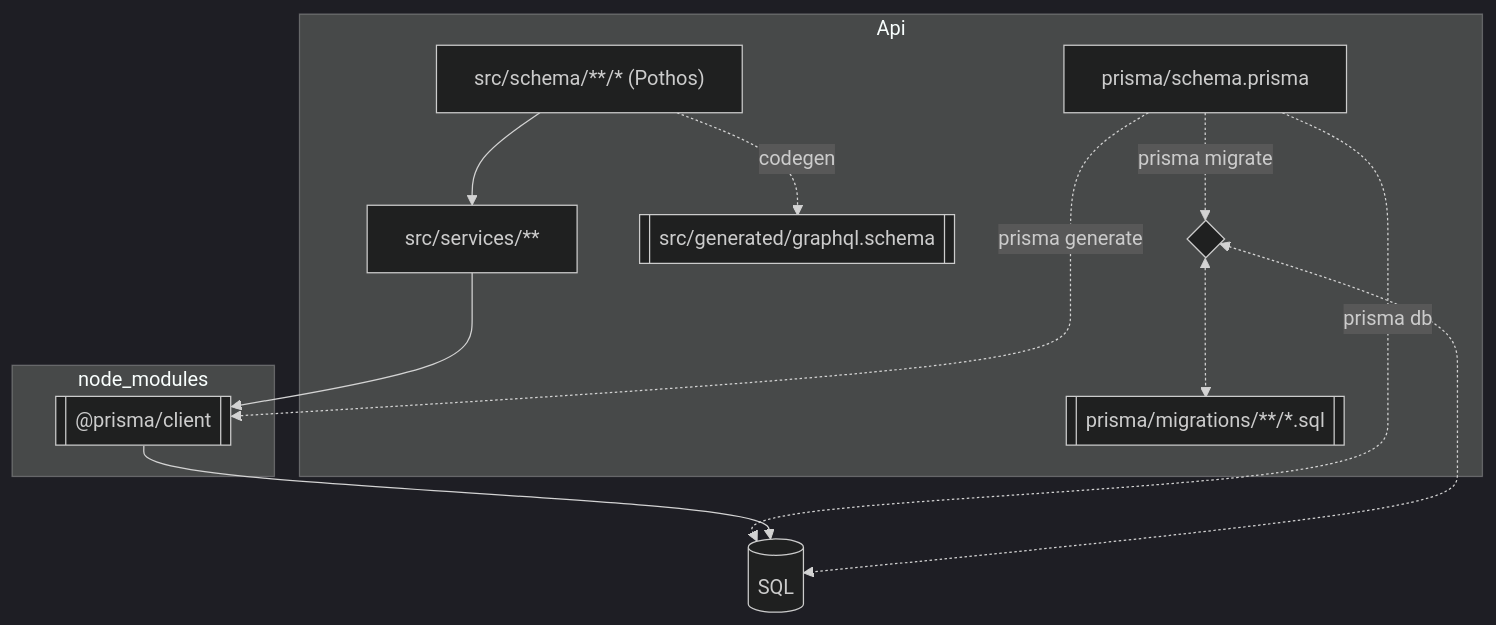
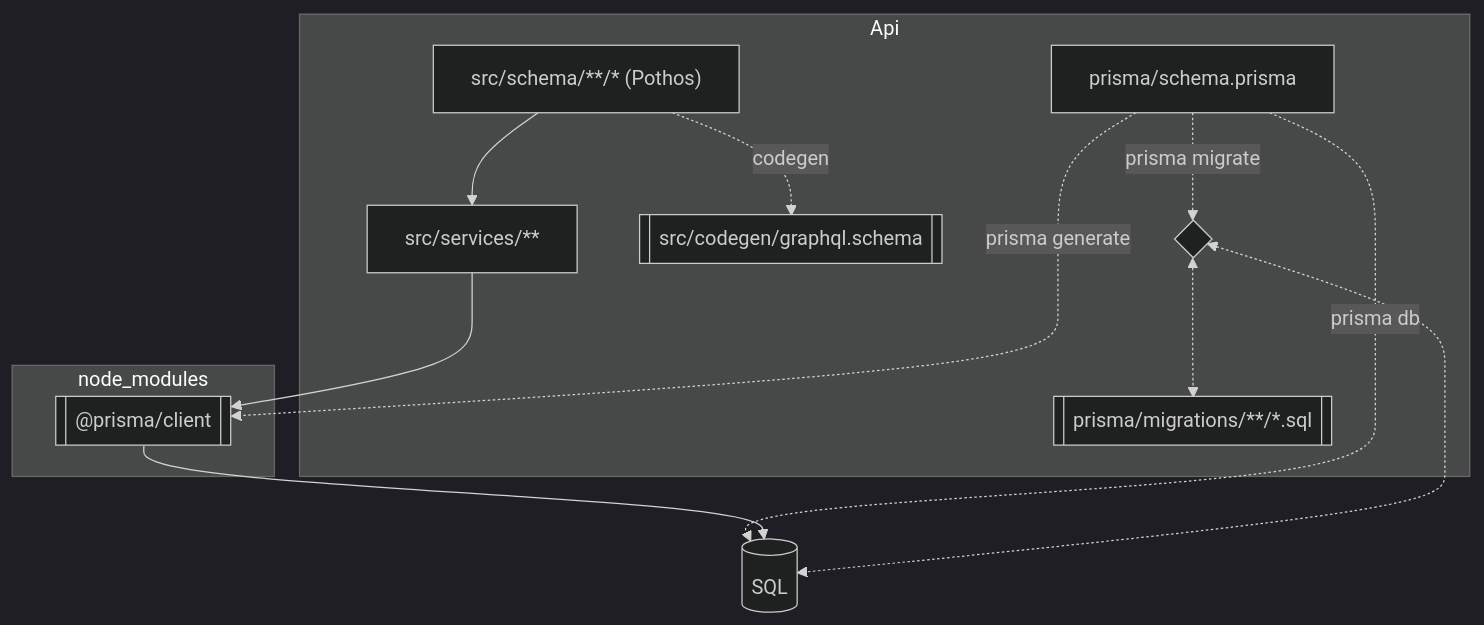
One commit to OpenSkool/OpenSkool changed the diagram in api/README.md. Above: the diagram before and after it, drawn with Mermaid (dark theme). The commit also changed other lines of this file and 31 other files, not shown here.

````diff
--- a/api/README.md
+++ b/api/README.md
@@ -90,31 +90,31 @@
 ```mermaid
 flowchart
   subgraph Api
     prisch[prisma/schema.prisma]
     primig{ }
     prisch -.-> |prisma migrate| primig
 
     pmsql[[prisma/migrations/**/*.sql]]
     primig <-.-> pmsql
 
     schema["src/schema/**/* (Pothos)"]
     schema -.-> |codegen| codgen
 
-    codgen[[src/generated/graphql.schema]]
+    codgen[[src/codegen/graphql.schema]]
 
     domain[src/services/**]
     schema --> domain
   end
 
   subgraph node_modules
     prityp[["@prisma/client"]]
   end
 
   domain --> prityp
   prisch -.-> |prisma generate| prityp
 
   db[(SQL)]
   prisch -.-> |prisma db| db
   prityp --> db
   primig <-.-> db
 ```
````
